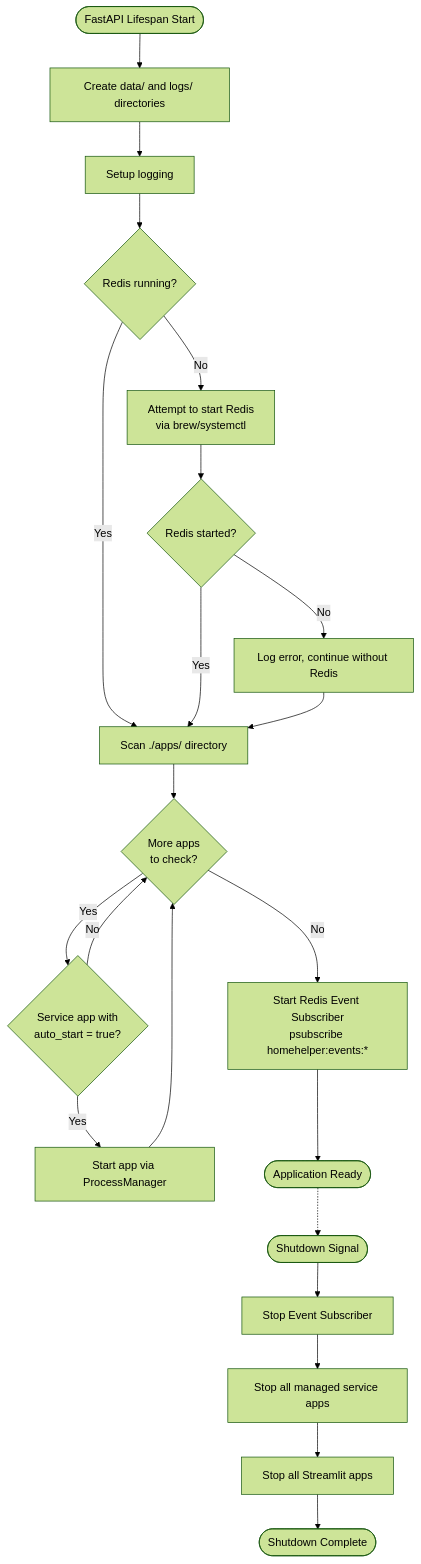
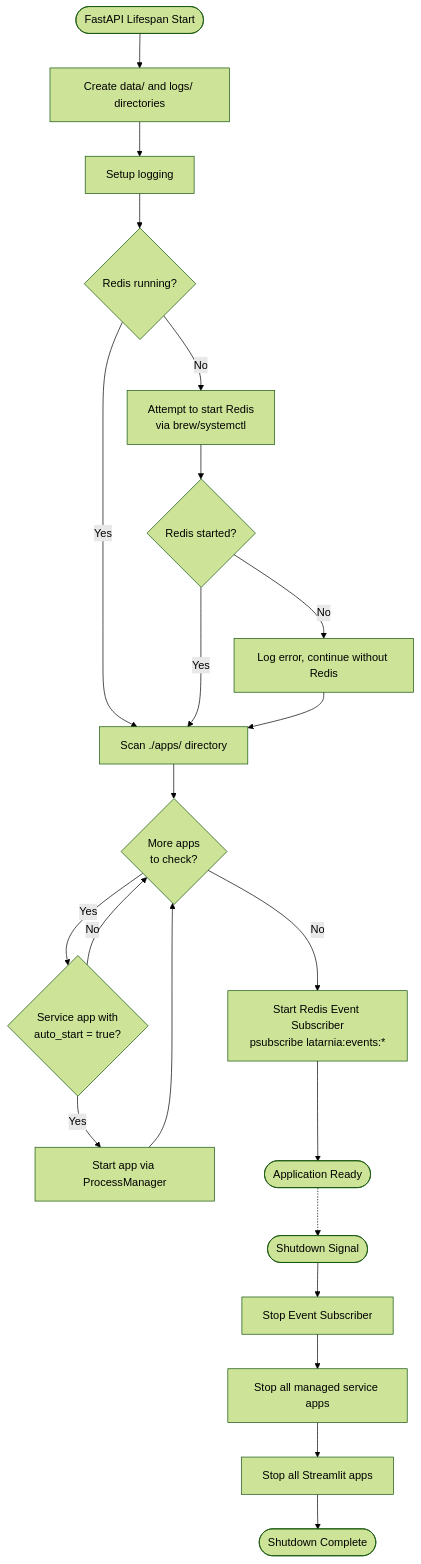
Before and after one commit to felipe-stanham/HomeHelper: the first of 5 diagrams in docs/System/workflows.md, drawn with Mermaid (forest theme). The commit also changed other lines of this file and 49 other files, not shown here.

````diff
--- a/docs/System/workflows.md
+++ b/docs/System/workflows.md
@@ -9,27 +9,27 @@
 ```mermaid
 flowchart TD
     Start([FastAPI Lifespan Start]) --> CreateDirs[Create data/ and logs/ directories]
     CreateDirs --> SetupLog[Setup logging]
     SetupLog --> CheckRedis{Redis running?}
 
     CheckRedis -- Yes --> Discover[Scan ./apps/ directory]
     CheckRedis -- No --> AutoStart[Attempt to start Redis<br/>via brew/systemctl]
     AutoStart --> RedisOk{Redis started?}
     RedisOk -- Yes --> Discover
     RedisOk -- No --> LogWarn[Log error, continue without Redis]
     LogWarn --> Discover
 
     Discover --> Loop{More apps<br/>to check?}
     Loop -- Yes --> AutoCheck{Service app with<br/>auto_start = true?}
     AutoCheck -- Yes --> StartApp[Start app via ProcessManager]
     AutoCheck -- No --> Loop
     StartApp --> Loop
-    Loop -- No --> StartSub[Start Redis Event Subscriber<br/>psubscribe homehelper:events:*]
+    Loop -- No --> StartSub[Start Redis Event Subscriber<br/>psubscribe latarnia:events:*]
     StartSub --> Ready([Application Ready])
 
     Ready -.-> Shutdown([Shutdown Signal])
     Shutdown --> StopSub[Stop Event Subscriber]
     StopSub --> StopServices[Stop all managed service apps]
     StopServices --> StopStreamlit[Stop all Streamlit apps]
     StopStreamlit --> Done([Shutdown Complete])
 ```
````
